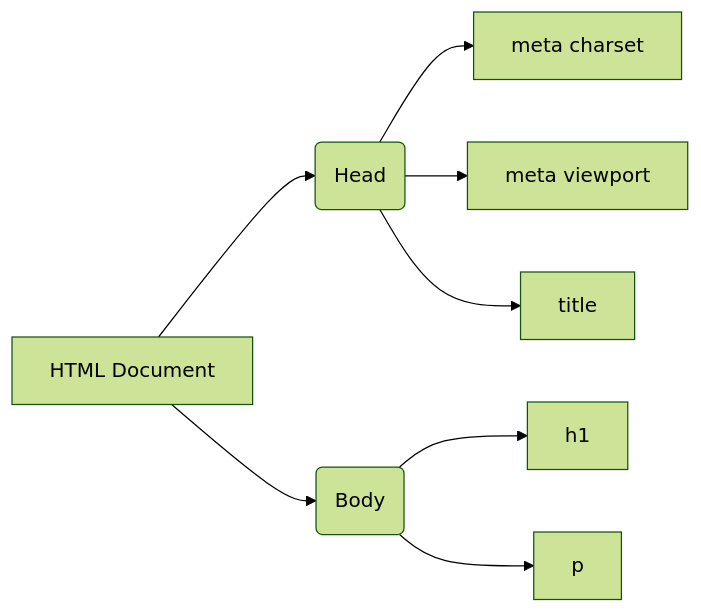
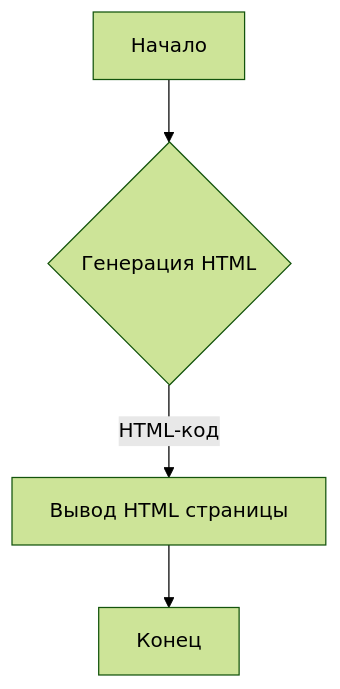
Before and after one commit to hypo69/hypo: the first of 2 diagrams in docs/gemini/ru/explainer/src/webdriver/firefox/extentions/test_extention/html/popup.md, drawn with Mermaid (forest theme). The commit also changed other lines of this file and 311 other files, not shown here.

````diff
--- a/docs/gemini/ru/explainer/src/webdriver/firefox/extentions/test_extention/html/popup.md
+++ b/docs/gemini/ru/explainer/src/webdriver/firefox/extentions/test_extention/html/popup.md
@@ -31,10 +33,6 @@
 ```mermaid
-graph LR
-    A[HTML Document] --> B(Head)
-    A --> C(Body)
-    B --> D[meta charset]
-    B --> E[meta viewport]
-    B --> F[title]
-    C --> G[h1]
-    C --> H[p]
+graph TD
+    A[Начало] --> B{Генерация HTML};
+    B -- HTML-код --> C[Вывод HTML страницы];
+    C --> D[Конец];
 ```
````
